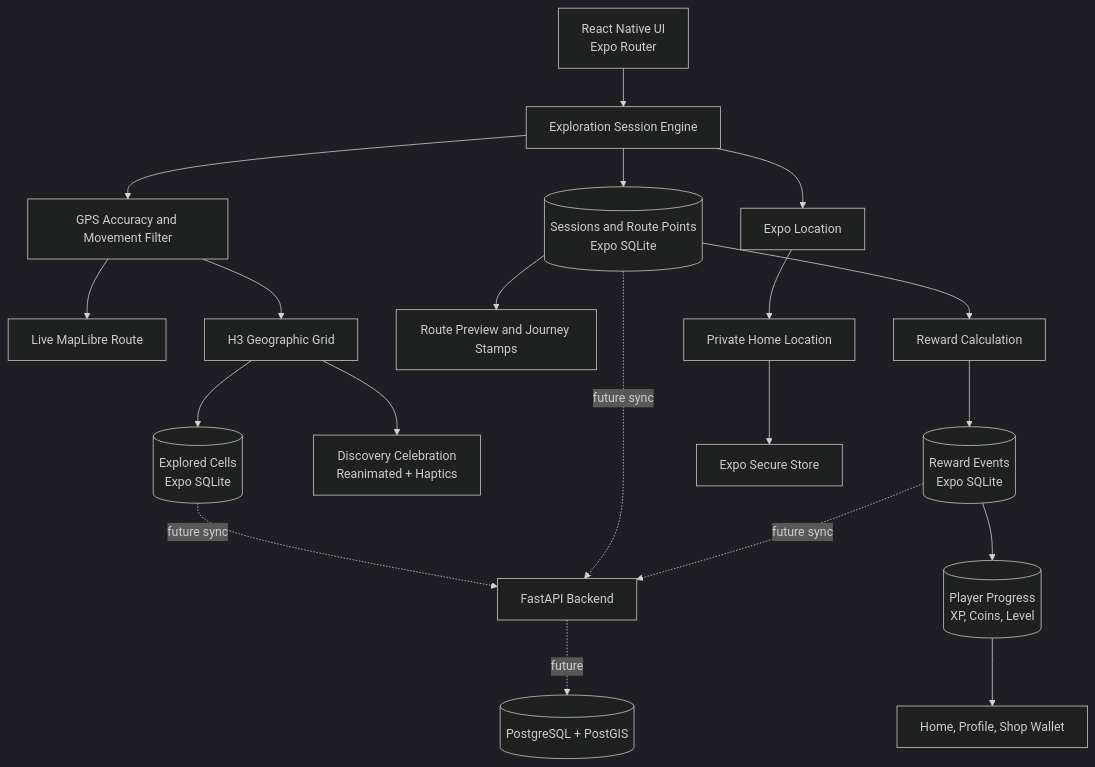
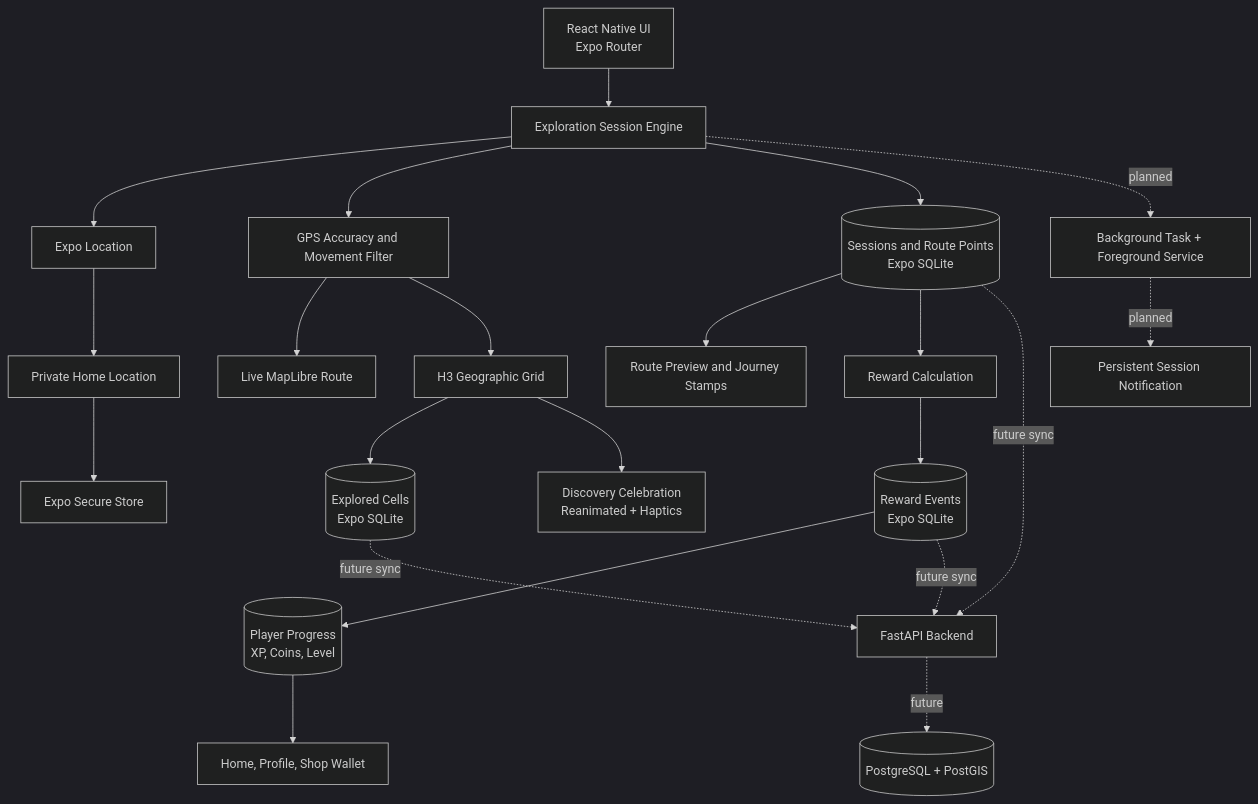
The diagram in README.md (EdisonSenpai/Arukiyo), drawn with Mermaid (dark theme) before and after one commit. The commit also changed other lines of this file and 24 other files, not shown here.

````diff
--- a/README.md
+++ b/README.md
@@ -228,22 +273,24 @@
 ```mermaid
 flowchart TD
     UI[React Native UI\nExpo Router] --> EXP[Exploration Session Engine]
     EXP --> GPS[Expo Location]
     EXP --> FILTER[GPS Accuracy and Movement Filter]
     FILTER --> ROUTE[Live MapLibre Route]
     FILTER --> GRID[H3 Geographic Grid]
     GRID --> CELLS[(Explored Cells\nExpo SQLite)]
     GRID --> DISCOVERY[Discovery Celebration\nReanimated + Haptics]
     EXP --> SESSIONS[(Sessions and Route Points\nExpo SQLite)]
     SESSIONS --> SUMMARY[Route Preview and Journey Stamps]
     SESSIONS --> REWARDS[Reward Calculation]
     REWARDS --> EVENTS[(Reward Events\nExpo SQLite)]
     EVENTS --> PLAYER[(Player Progress\nXP, Coins, Level)]
     PLAYER --> DASH[Home, Profile, Shop Wallet]
     GPS --> HOME[Private Home Location]
     HOME --> SECURE[Expo Secure Store]
+    EXP -. planned .-> BG[Background Task + Foreground Service]
+    BG -. planned .-> NOTICE[Persistent Session Notification]
     CELLS -. future sync .-> API[FastAPI Backend]
     SESSIONS -. future sync .-> API
     EVENTS -. future sync .-> API
     API -. future .-> POSTGIS[(PostgreSQL + PostGIS)]
 ```
````
